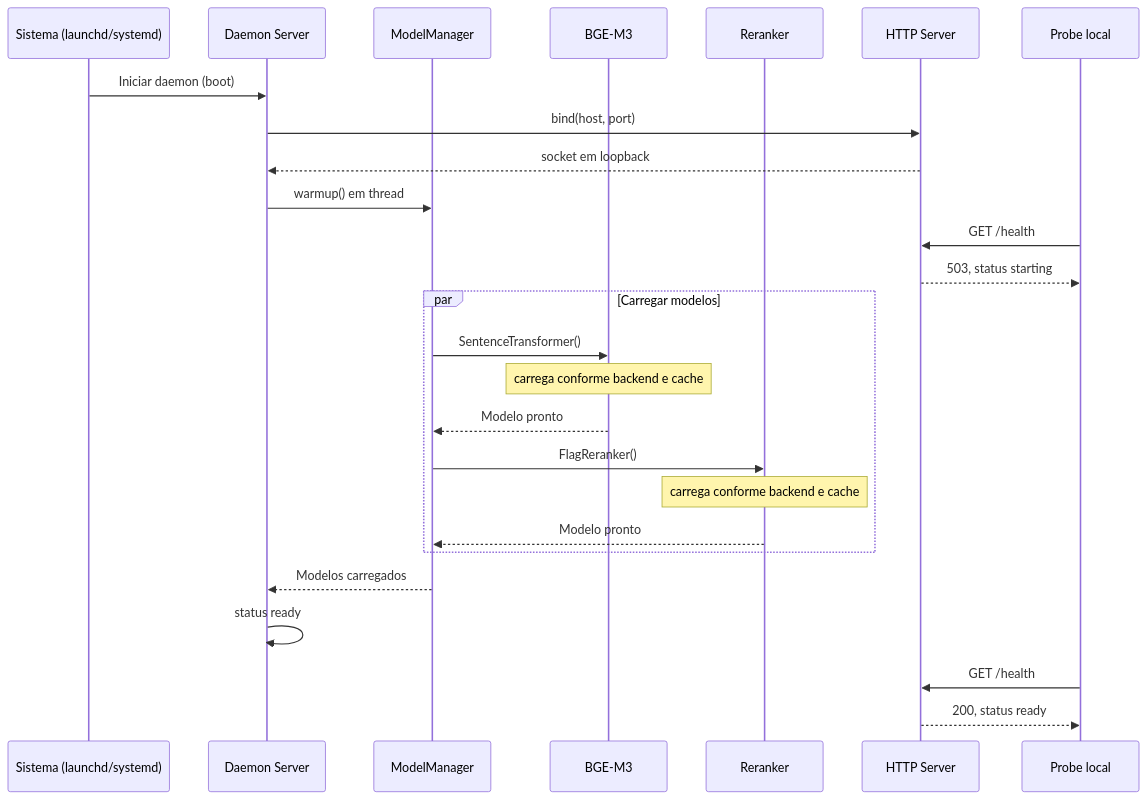
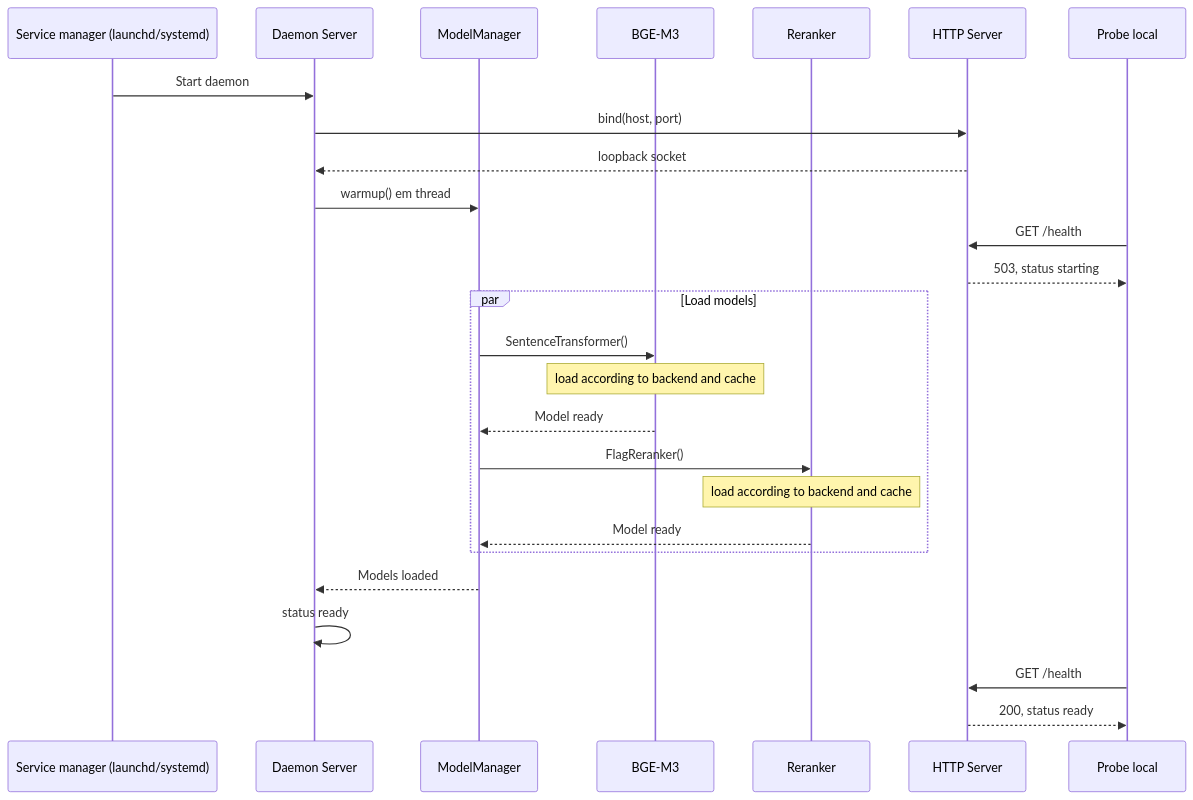
Before and after one commit to everton-dgn/vault-search-mcp: the second of 6 diagrams in docs/architecture/diagrams-daemon.md, drawn with Mermaid. The commit also changed other lines of this file and 200 other files, not shown here.

````diff
--- a/docs/architecture/diagrams-daemon.md
+++ b/docs/architecture/diagrams-daemon.md
@@ -40,32 +40,32 @@
 ```mermaid
 sequenceDiagram
-    participant OS as Sistema (launchd/systemd)
+    participant OS as Service manager (launchd/systemd)
     participant D as Daemon Server
     participant MM as ModelManager
     participant BGE as BGE-M3
     participant RR as Reranker
     participant HTTP as HTTP Server
     participant P as Probe local
 
-    OS->>D: Iniciar daemon (boot)
+    OS->>D: Start daemon
     D->>HTTP: bind(host, port)
-    HTTP-->>D: socket em loopback
+    HTTP-->>D: loopback socket
     D->>MM: warmup() em thread
     P->>HTTP: GET /health
     HTTP-->>P: 503, status starting
 
-    par Carregar modelos
+    par Load models
         MM->>BGE: SentenceTransformer()
-        Note over BGE: carrega conforme backend e cache
-        BGE-->>MM: Modelo pronto
+        Note over BGE: load according to backend and cache
+        BGE-->>MM: Model ready
 
         MM->>RR: FlagReranker()
-        Note over RR: carrega conforme backend e cache
-        RR-->>MM: Modelo pronto
+        Note over RR: load according to backend and cache
+        RR-->>MM: Model ready
     end
 
-    MM-->>D: Modelos carregados
+    MM-->>D: Models loaded
     D->>D: status ready
     P->>HTTP: GET /health
     HTTP-->>P: 200, status ready
 ```
````
